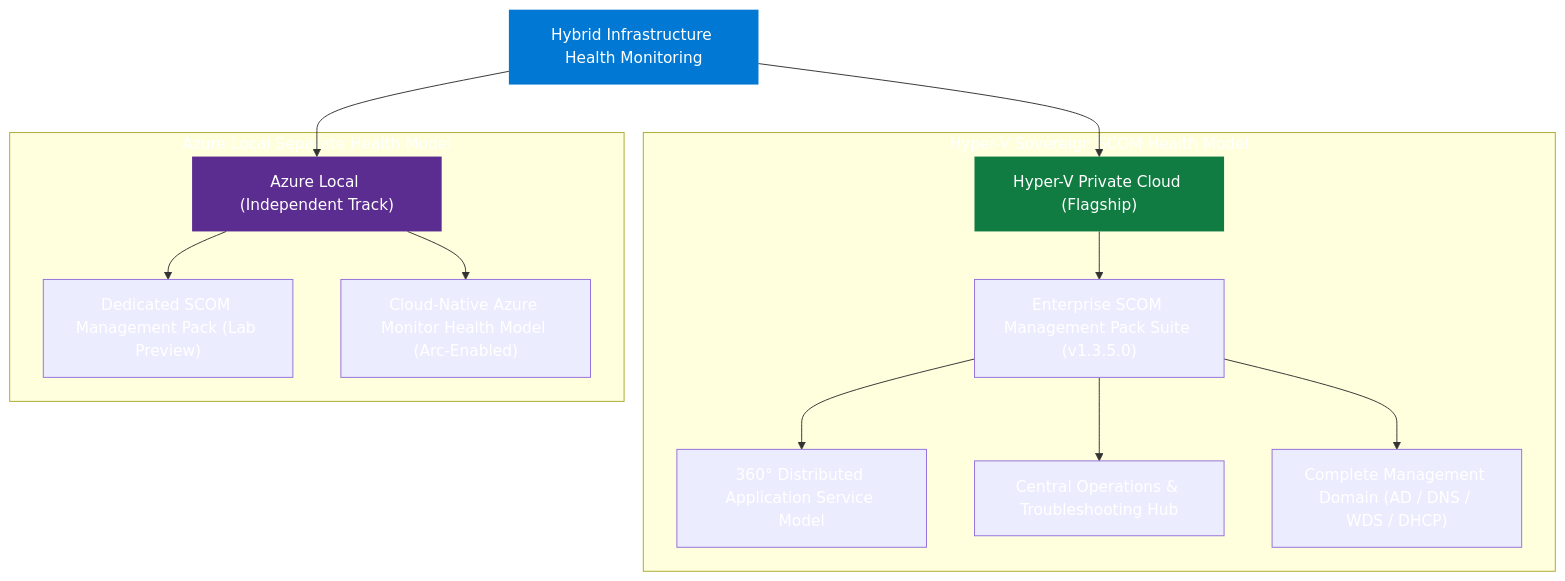
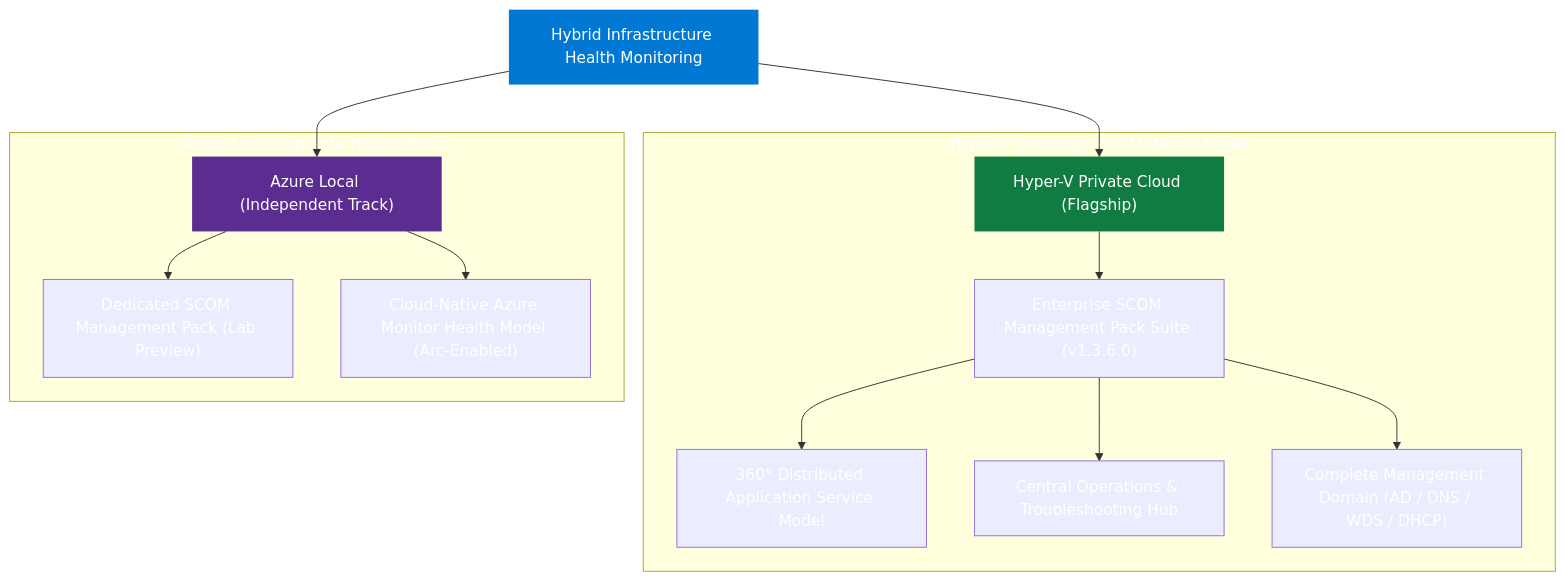
One commit to Hybrid-Solutions-Cloud/hybrid-health-monitoring changed the diagram in docs/index.md. Above: the diagram before and after it, drawn with Mermaid. The commit also changed other lines of this file and 17 other files, not shown here.

````diff
--- a/docs/index.md
+++ b/docs/index.md
@@ -54,22 +54,22 @@
 ```mermaid
 graph TD
     Root["Hybrid Infrastructure Health Monitoring"]:::root
     Root --> HV["Hyper-V Private Cloud (Flagship)"]:::flagship
     Root --> AzL["Azure Local (Independent Track)"]:::independent
 
     subgraph HVTrack["Hyper-V Sovereign SCOM Health Model"]
-        HV --> HVS["Enterprise SCOM Management Pack Suite (v1.3.5.0)"]
+        HV --> HVS["Enterprise SCOM Management Pack Suite (v1.3.6.0)"]
         HVS --> HVDA["360° Distributed Application Service Model"]
         HVS --> HVOps["Central Operations & Troubleshooting Hub"]
         HVS --> HVMgmt["Complete Management Domain (AD / DNS / WDS / DHCP)"]
     end
 
     subgraph AzLTrack["Azure Local Separate Health Model"]
         AzL --> AzLS["Dedicated SCOM Management Pack (Lab Preview)"]
         AzL --> AzLA["Cloud-Native Azure Monitor Health Model (Arc-Enabled)"]
     end
 
     classDef root fill:#0078D4,color:#fff,stroke:none
     classDef flagship fill:#107c41,color:#fff,stroke:none
     classDef independent fill:#5c2d91,color:#fff,stroke:none
 ```
````
